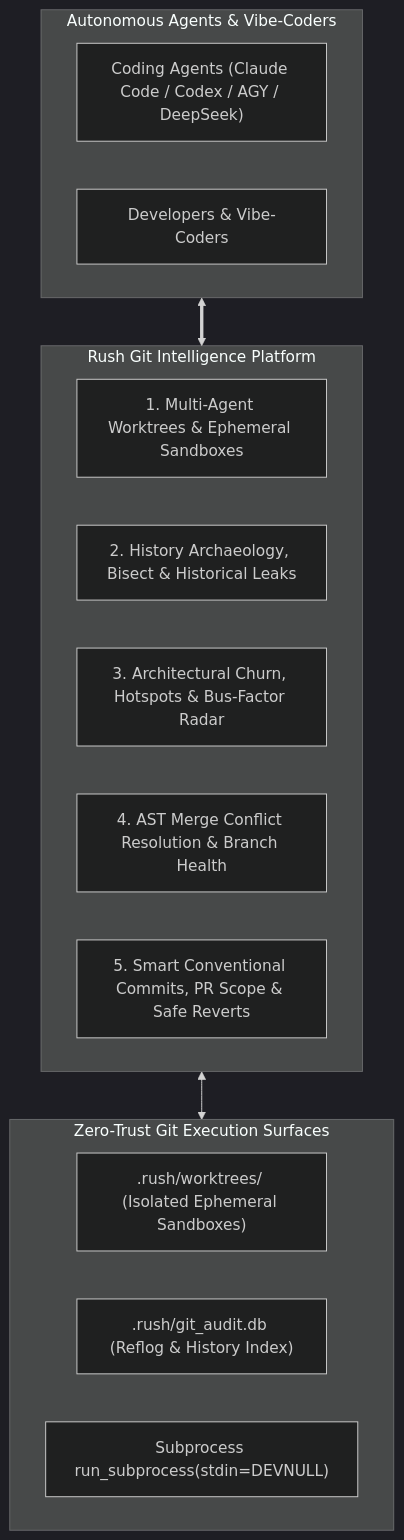
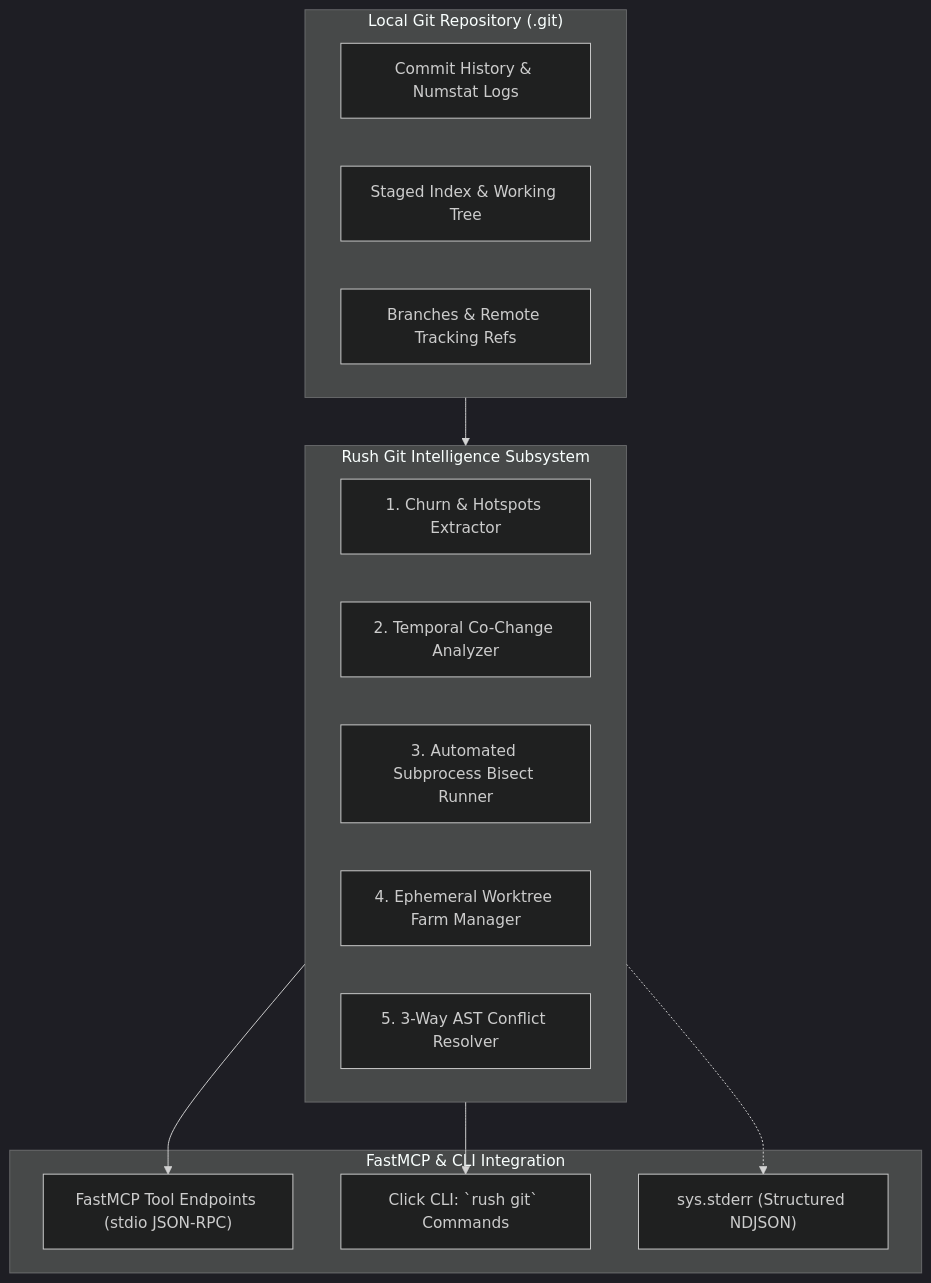
Before and after one commit to jamesdsizemore/rush-cli: the diagram in docs/developer/brainstorm-git-intelligence-plan.md, drawn with Mermaid (dark theme). The commit also changed other lines of this file and 65 other files, not shown here.

````diff
--- a/docs/developer/brainstorm-git-intelligence-plan.md
+++ b/docs/developer/brainstorm-git-intelligence-plan.md
@@ -23,24 +23,27 @@
 ```mermaid
 flowchart TD
-  subgraph AgentsAndDevs["Autonomous Agents & Vibe-Coders"]
-    Agents["Coding Agents (Claude Code / Codex / AGY / DeepSeek)"]
-    Devs["Developers & Vibe-Coders"]
+  subgraph LocalGitRepo["Local Git Repository (.git)"]
+    GitLogs["Commit History & Numstat Logs"]
+    GitIndex["Staged Index & Working Tree"]
+    GitBranches["Branches & Remote Tracking Refs"]
   end
 
-  subgraph RushGitEngines["Rush Git Intelligence Platform"]
-    D1["1. Multi-Agent Worktrees & Ephemeral Sandboxes"]
-    D2["2. History Archaeology, Bisect & Historical Leaks"]
-    D3["3. Architectural Churn, Hotspots & Bus-Factor Radar"]
-    D4["4. AST Merge Conflict Resolution & Branch Health"]
-    D5["5. Smart Conventional Commits, PR Scope & Safe Reverts"]
+  subgraph RushGitEngine["Rush Git Intelligence Subsystem"]
+    ChurnEngine["1. Churn & Hotspots Extractor"]
+    CouplingEngine["2. Temporal Co-Change Analyzer"]
+    BisectEngine["3. Automated Subprocess Bisect Runner"]
+    WorktreeFarm["4. Ephemeral Worktree Farm Manager"]
+    MergeEngine["5. 3-Way AST Conflict Resolver"]
   end
 
-  subgraph SafeGitSurfaces["Zero-Trust Git Execution Surfaces"]
-    Worktrees[".rush/worktrees/ (Isolated Ephemeral Sandboxes)"]
-    ReflogAudit[".rush/git_audit.db (Reflog & History Index)"]
-    SafeExec["Subprocess run_subprocess(stdin=DEVNULL)"]
+  subgraph OutputSurfaces["FastMCP & CLI Integration"]
+    FastMCPTools["FastMCP Tool Endpoints (stdio JSON-RPC)"]
+    CLIGit["Click CLI: `rush git` Commands"]
+    TelemetryStream["sys.stderr (Structured NDJSON)"]
   end
 
-  AgentsAndDevs <==> RushGitEngines
-  RushGitEngines <--> SafeGitSurfaces
+  LocalGitRepo --> RushGitEngine
+  RushGitEngine --> FastMCPTools
+  RushGitEngine --> CLIGit
+  RushGitEngine -.-> TelemetryStream
 ```
````
